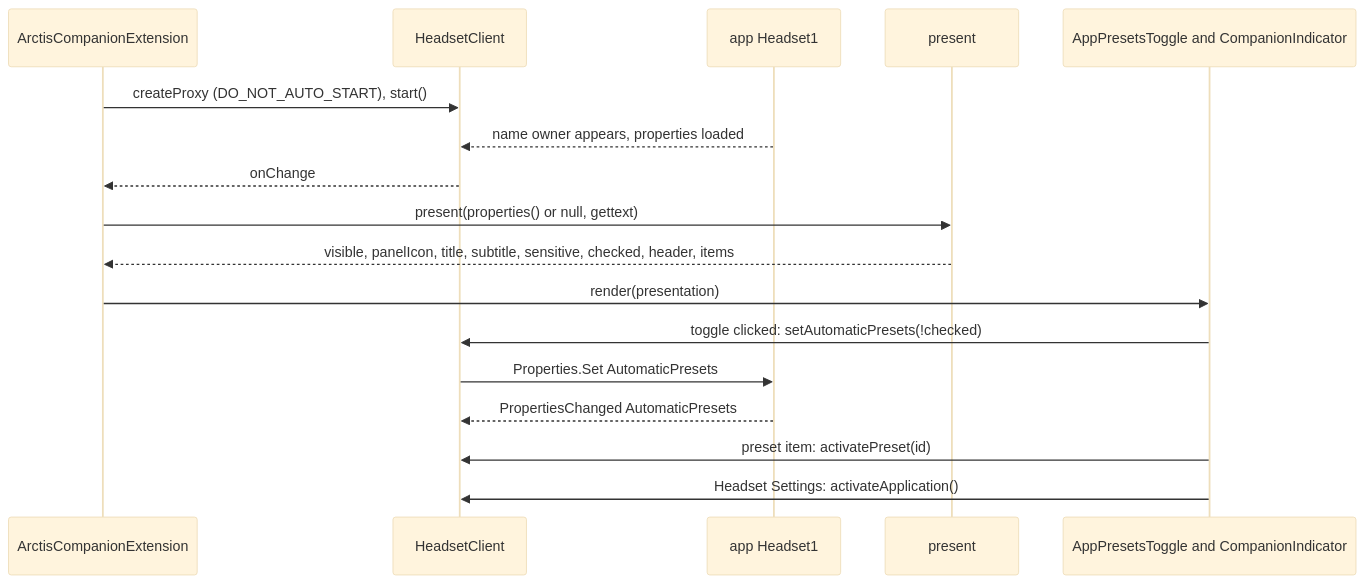
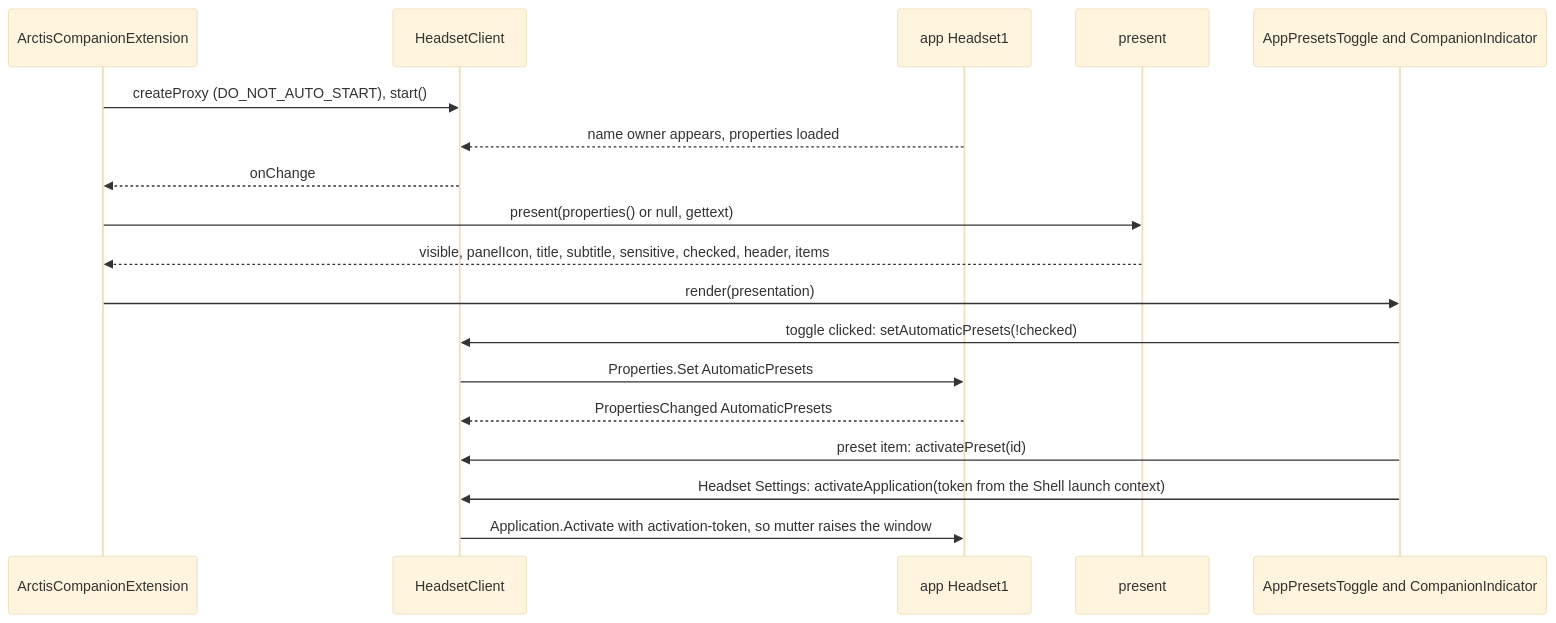
Before and after one commit to marcelogm/arctis-companion: the second of 4 diagrams in docs/architecture/shell-extension.md, drawn with Mermaid (base theme). The commit also changed 4 other files, not shown here.

Commit message:
fix(extension): hand Headset Settings an activation token

````diff
--- a/docs/architecture/shell-extension.md
+++ b/docs/architecture/shell-extension.md
@@ -37,19 +37,20 @@
 ```mermaid
 sequenceDiagram
     participant E as ArctisCompanionExtension
     participant C as HeadsetClient
     participant A as app Headset1
     participant P as present
     participant T as AppPresetsToggle and CompanionIndicator
     E->>C: createProxy (DO_NOT_AUTO_START), start()
     A-->>C: name owner appears, properties loaded
     C-->>E: onChange
     E->>P: present(properties() or null, gettext)
     P-->>E: visible, panelIcon, title, subtitle, sensitive, checked, header, items
     E->>T: render(presentation)
     T->>C: toggle clicked: setAutomaticPresets(!checked)
     C->>A: Properties.Set AutomaticPresets
     A-->>C: PropertiesChanged AutomaticPresets
     T->>C: preset item: activatePreset(id)
-    T->>C: Headset Settings: activateApplication()
+    T->>C: Headset Settings: activateApplication(token from the Shell launch context)
+    C->>A: Application.Activate with activation-token, so mutter raises the window
 ```
````
